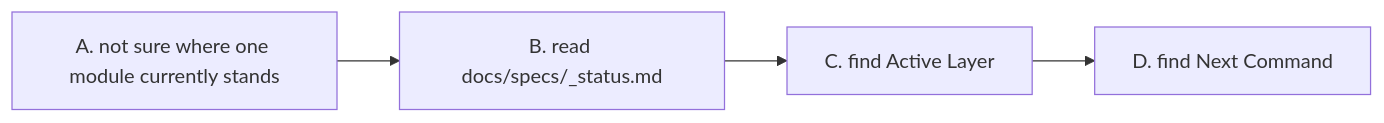
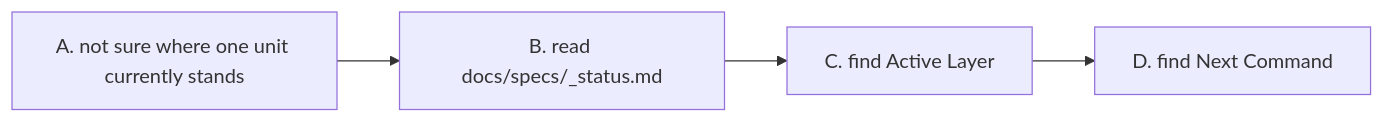
The fifth of 7 diagrams in README.md (mfblog/specflow), drawn with Mermaid before and after one commit. The commit also changed other lines of this file and 3 other files, not shown here.

````diff
--- a/README.md
+++ b/README.md
@@ -440,6 +440,6 @@
 ```mermaid
 flowchart LR
-    A["A. not sure where one module currently stands"] --> B["B. read docs/specs/_status.md"]
+    A["A. not sure where one unit currently stands"] --> B["B. read docs/specs/_status.md"]
     B --> C["C. find Active Layer"]
     C --> D["D. find Next Command"]
 ```
````
